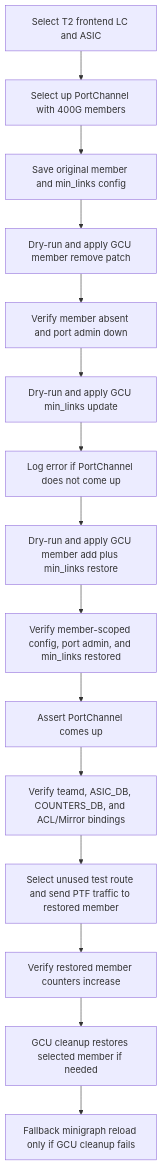
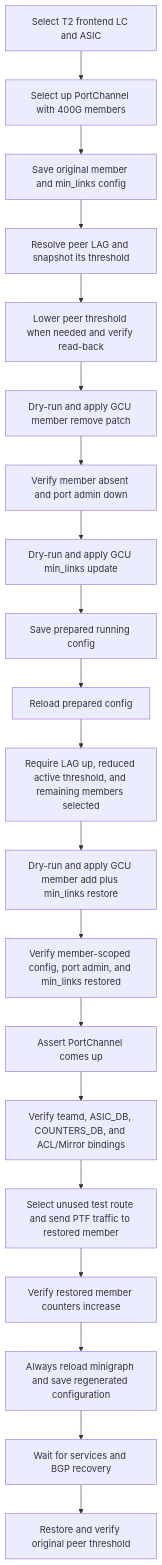
The diagram in docs/testplan/test_portchannel_400G_member_add.md (sonic-net/sonic-mgmt), drawn with Mermaid before and after one commit. The commit also changed other lines of this file and 3 other files, not shown here.

Commit message:
Prepare operational 400G LAG baseline and restore peer min-links

````diff
--- a/docs/testplan/test_portchannel_400G_member_add.md
+++ b/docs/testplan/test_portchannel_400G_member_add.md
@@ -138,17 +173,22 @@
 ```mermaid
 flowchart TD
     A[Select T2 frontend LC and ASIC] --> B[Select up PortChannel with 400G members]
     B --> C[Save original member and min_links config]
-    C --> D[Dry-run and apply GCU member remove patch]
+    C --> C1[Resolve peer LAG and snapshot its threshold]
+    C1 --> C2[Lower peer threshold when needed and verify read-back]
+    C2 --> D[Dry-run and apply GCU member remove patch]
     D --> E[Verify member absent and port admin down]
     E --> F[Dry-run and apply GCU min_links update]
-    F --> G[Log error if PortChannel does not come up]
-    G --> H[Dry-run and apply GCU member add plus min_links restore]
+    F --> G[Save prepared running config]
+    G --> G1[Reload prepared config]
+    G1 --> G2[Require LAG up, reduced active threshold, and remaining members selected]
+    G2 --> H[Dry-run and apply GCU member add plus min_links restore]
     H --> I[Verify member-scoped config, port admin, and min_links restored]
     I --> J[Assert PortChannel comes up]
     J --> K[Verify teamd, ASIC_DB, COUNTERS_DB, and ACL/Mirror bindings]
     K --> L[Select unused test route and send PTF traffic to restored member]
     L --> M[Verify restored member counters increase]
-    M --> N[GCU cleanup restores selected member if needed]
-    N --> O[Fallback minigraph reload only if GCU cleanup fails]
+    M --> N[Always reload minigraph and save regenerated configuration]
+    N --> O[Wait for services and BGP recovery]
+    O --> P[Restore and verify original peer threshold]
 ```
````
